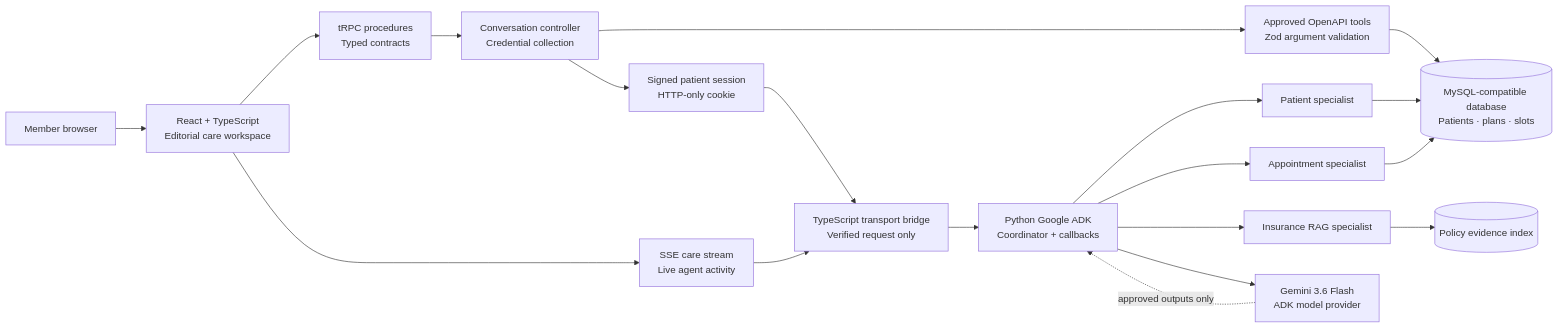
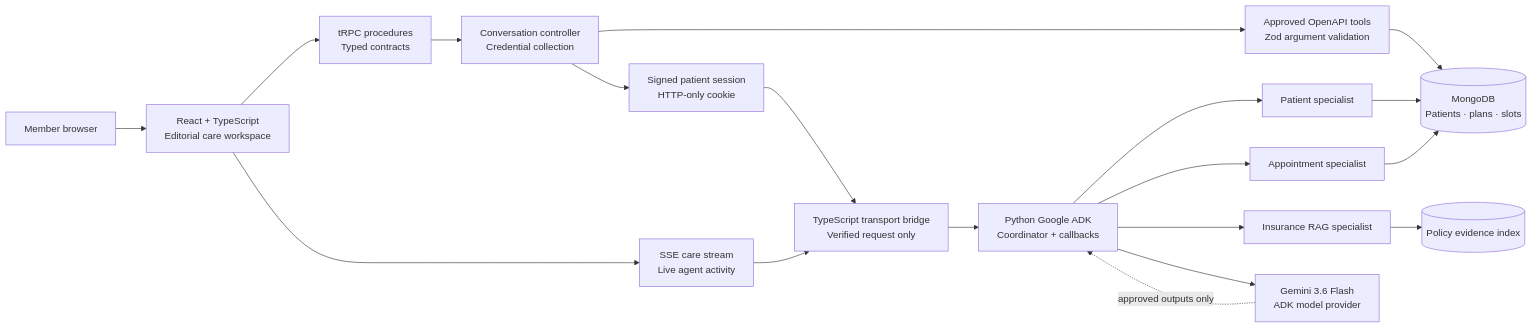
Before and after one commit to Samarssj/novacorp-healthcare-ai: the second of 2 diagrams in README.md, drawn with Mermaid. The commit also changed other lines of this file and 35 other files, not shown here.

````diff
--- a/README.md
+++ b/README.md
@@ -61,37 +61,37 @@
 ```mermaid
 flowchart LR
     member[Member browser]
     web[React + TypeScript\nEditorial care workspace]
     trpc[tRPC procedures\nTyped contracts]
     sse[SSE care stream\nLive agent activity]
     access[Conversation controller\nCredential collection]
     session[Signed patient session\nHTTP-only cookie]
     bridge[TypeScript transport bridge\nVerified request only]
     router[Python Google ADK\nCoordinator + callbacks]
     tools[Approved OpenAPI tools\nZod argument validation]
     patient[Patient specialist]
     insurance[Insurance RAG specialist]
     appointment[Appointment specialist]
     gemini[Gemini 3.6 Flash\nADK model provider]
-    db[(MySQL-compatible database\nPatients · plans · slots)]
+    db[(MongoDB\nPatients · plans · slots)]
     evidence[(Policy evidence index)]
 
     member --> web
     web --> trpc
     web --> sse
     trpc --> access
     access --> tools
     tools --> db
     access --> session
     session --> bridge
     sse --> bridge
     bridge --> router
     router --> patient
     router --> insurance
     router --> appointment
     router --> gemini
     patient --> db
     insurance --> evidence
     appointment --> db
     gemini -. approved outputs only .-> router
 ```
````
